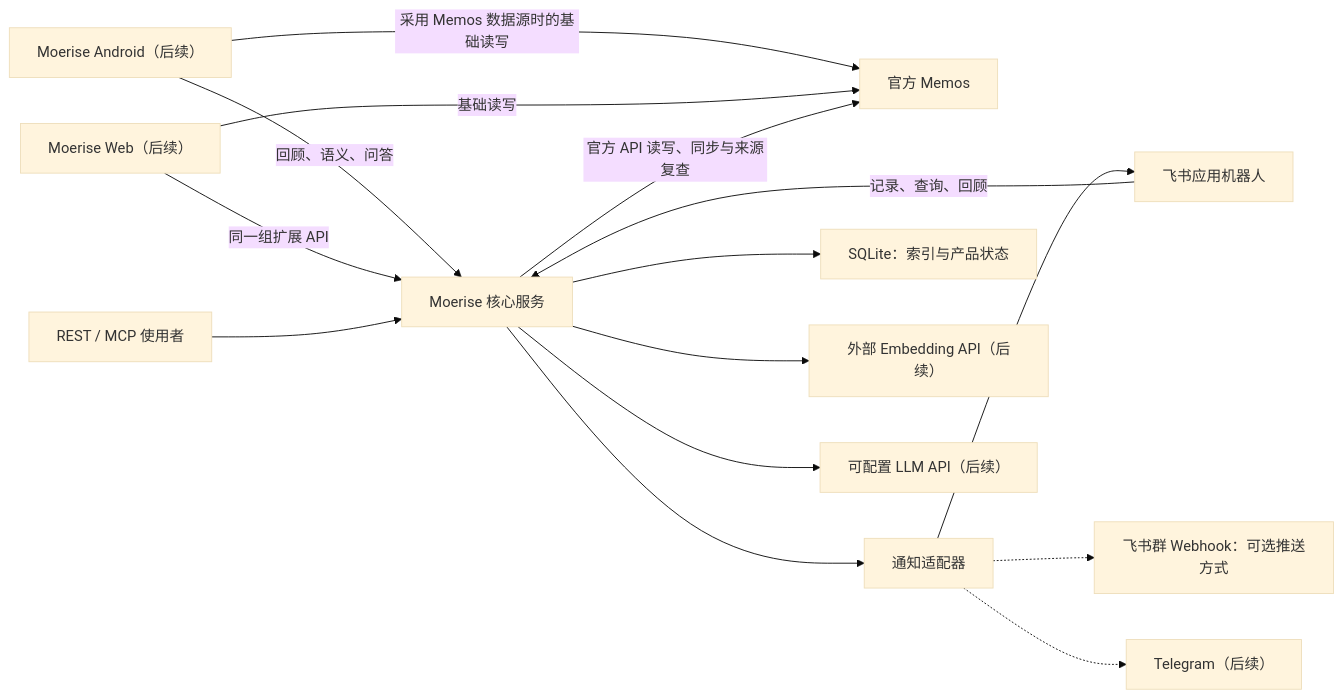
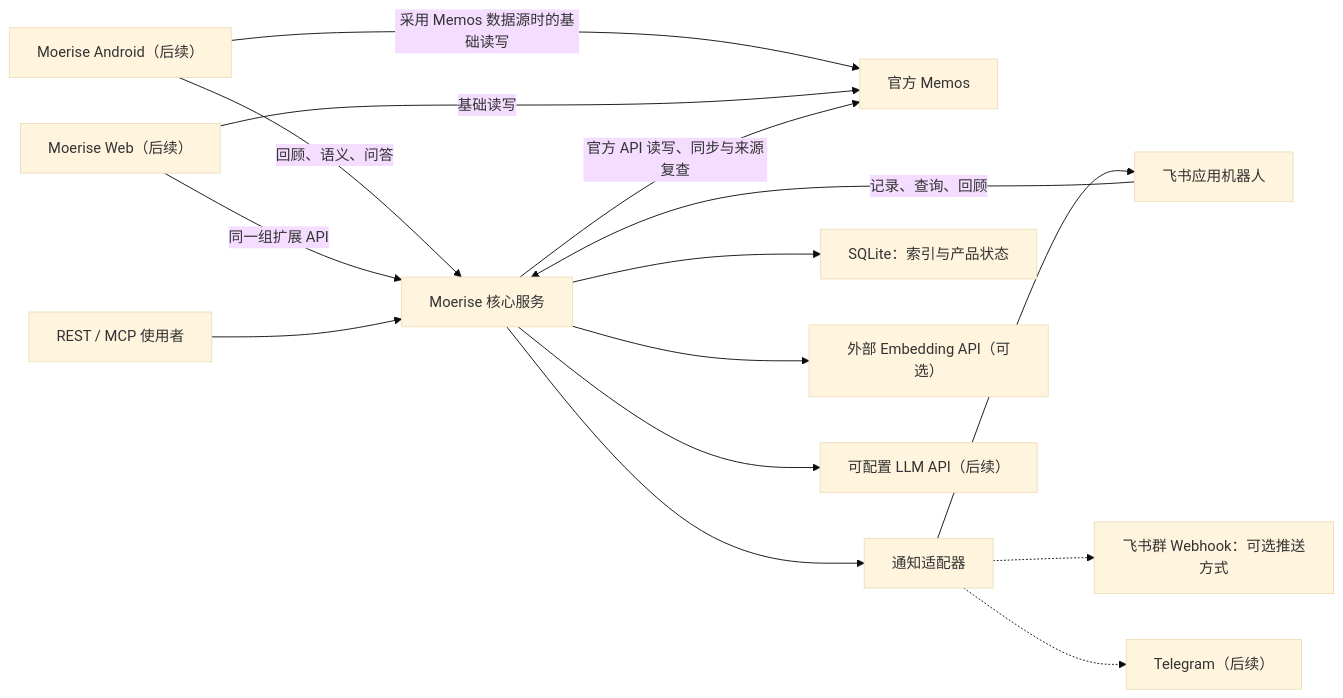
One commit to Fermin214/Moerise changed the first of 2 diagrams in docs/PRODUCT-ARCHITECTURE.md. Above: the diagram before and after it, drawn with Mermaid (base theme). The commit also changed other lines of this file and 19 other files, not shown here.

````diff
--- a/docs/PRODUCT-ARCHITECTURE.md
+++ b/docs/PRODUCT-ARCHITECTURE.md
@@ -29,17 +29,17 @@
 ```mermaid
 flowchart LR
     Android["Moerise Android（后续）"] -->|"采用 Memos 数据源时的基础读写"| Memos["官方 Memos"]
     Web["Moerise Web（后续）"] -->|"基础读写"| Memos
     Sidecar["Moerise 核心服务"] -->|"官方 API 读写、同步与来源复查"| Memos
     Android -->|"回顾、语义、问答"| Sidecar
     Web -->|"同一组扩展 API"| Sidecar
     Agents["REST / MCP 使用者"] --> Sidecar
     FeishuBot["飞书应用机器人"] -->|"记录、查询、回顾"| Sidecar
     Sidecar --> Notify["通知适配器"]
     Sidecar --> SQLite["SQLite：索引与产品状态"]
-    Sidecar --> Embedding["外部 Embedding API（后续）"]
+    Sidecar --> Embedding["外部 Embedding API（可选）"]
     Sidecar --> LLM["可配置 LLM API（后续）"]
     Notify --> FeishuBot
     Notify -.-> FeishuWebhook["飞书群 Webhook：可选推送方式"]
     Notify -.-> Other["Telegram（后续）"]
 ```
````
